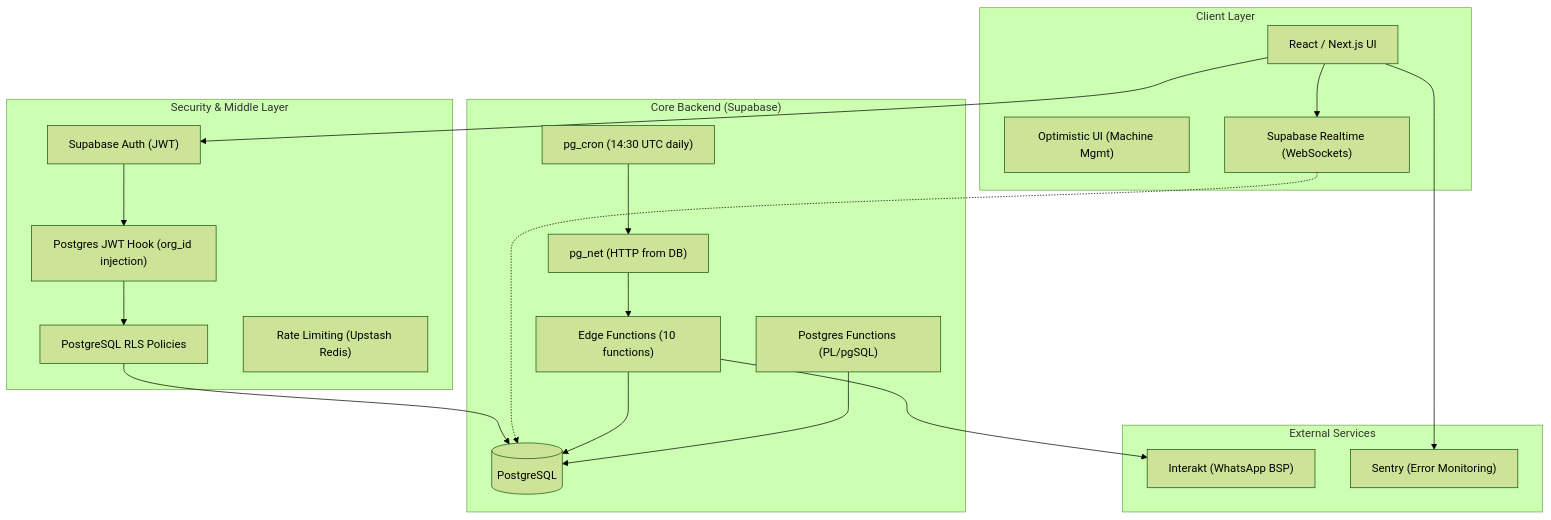
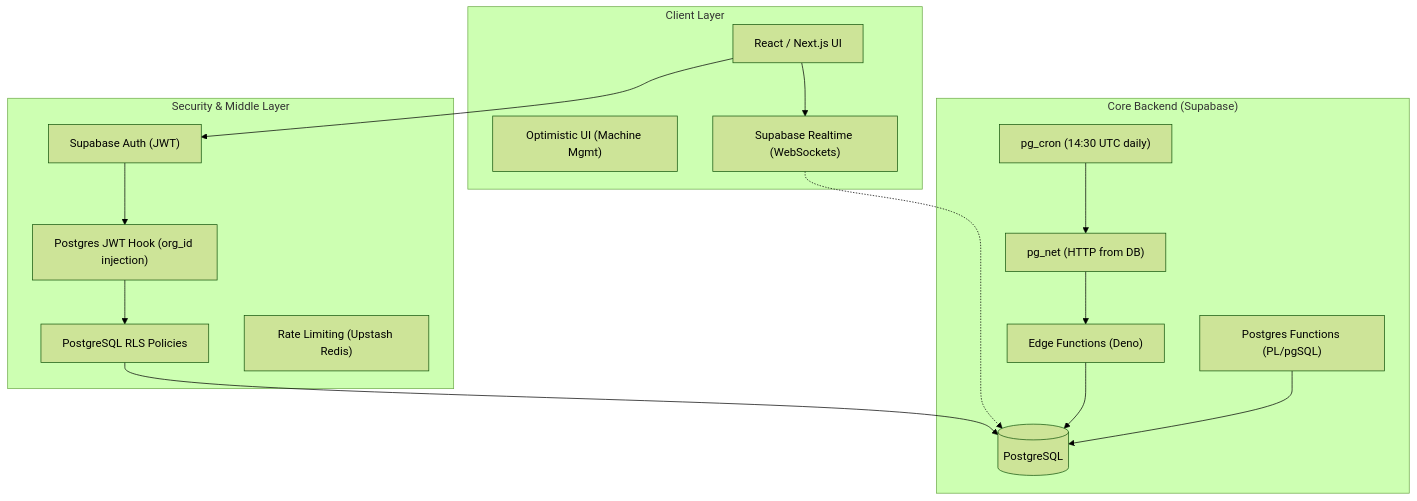
The first of 2 diagrams in TECHNICAL_ANALYSIS.md (Rajp2002/TextileAccounting), drawn with Mermaid (forest theme) before and after one commit. The commit also changed other lines of this file and 4 other files, not shown here.

````diff
--- a/TECHNICAL_ANALYSIS.md
+++ b/TECHNICAL_ANALYSIS.md
@@ -12,41 +12,34 @@
 ```mermaid
 graph TD
     subgraph ClientLayer ["Client Layer"]
         UI["React / Next.js UI"]
         Optimistic["Optimistic UI (Machine Mgmt)"]
         RT["Supabase Realtime (WebSockets)"]
     end
 
     subgraph SecurityLayer ["Security & Middle Layer"]
         Auth["Supabase Auth (JWT)"]
         Hook["Postgres JWT Hook (org_id injection)"]
         RLS["PostgreSQL RLS Policies"]
         RL["Rate Limiting (Upstash Redis)"]
     end
 
     subgraph CoreLayer ["Core Backend (Supabase)"]
         DB[(PostgreSQL)]
         Cron["pg_cron (14:30 UTC daily)"]
-        Edge["Edge Functions (10 functions)"]
+        Edge["Edge Functions (Deno)"]
         RPC["Postgres Functions (PL/pgSQL)"]
         pgnet["pg_net (HTTP from DB)"]
-    end
-
-    subgraph ExternalLayer ["External Services"]
-        Interakt["Interakt (WhatsApp BSP)"]
-        Sentry["Sentry (Error Monitoring)"]
     end
 
     UI --> Auth
     Auth --> Hook
     Hook --> RLS
     RLS --> DB
     UI --> RT
     RT -.-> DB
     Edge --> DB
     RPC --> DB
     Cron --> pgnet
     pgnet --> Edge
-    Edge --> Interakt
-    UI --> Sentry
 ```
````
